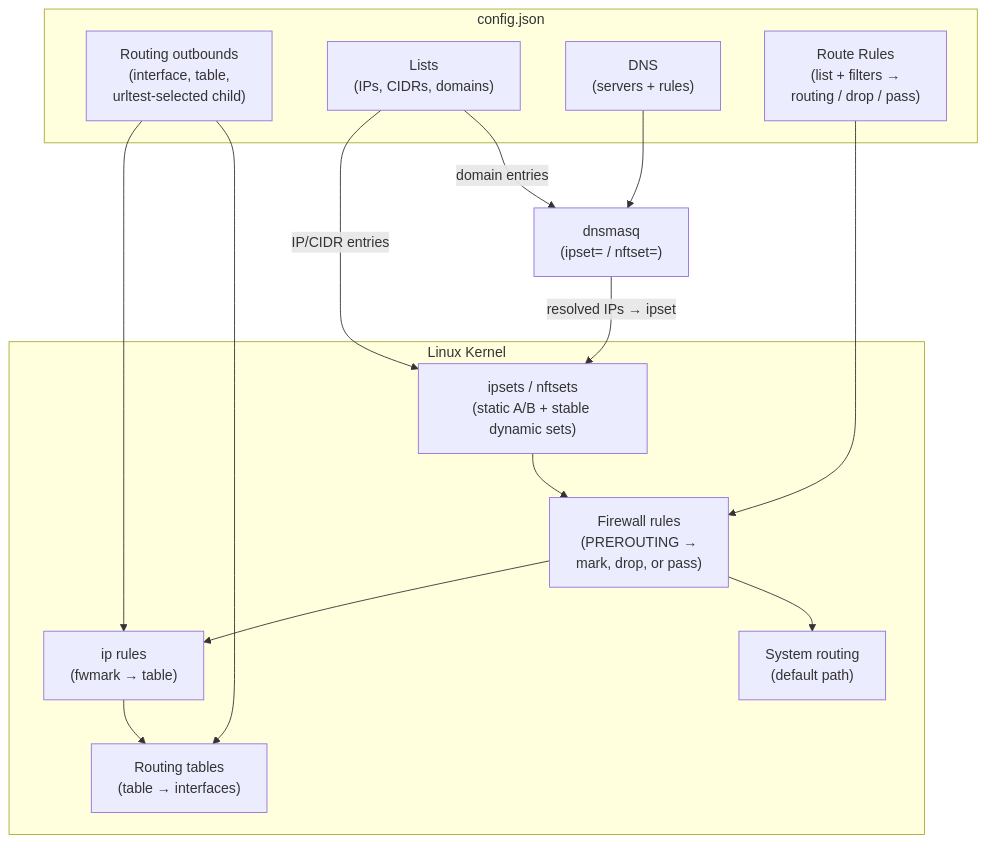
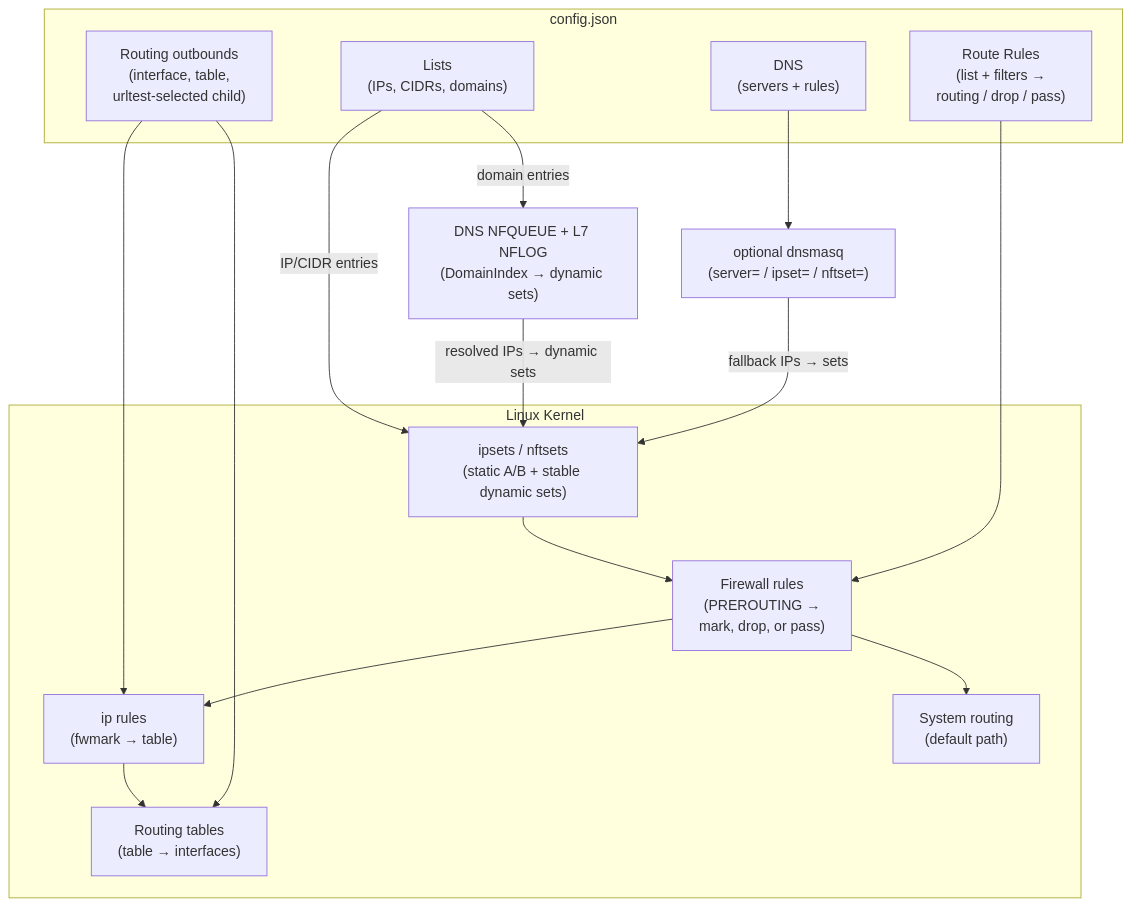
One commit to maksimkurb/keen-pbr changed the first of 3 diagrams in docs/content/docs/concepts.md. Above: the diagram before and after it, drawn with Mermaid. The commit also changed other lines of this file and 21 other files, not shown here.

First line of the commit message:
docs: describe DNS and L7 interception and optional resolver integration

````diff
--- a/docs/content/docs/concepts.md
+++ b/docs/content/docs/concepts.md
@@ -83,31 +96,33 @@
 ```mermaid
 flowchart TD
     subgraph Config["config.json"]
         RoutingOutbounds["Routing outbounds\n(interface, table,\nurltest-selected child)"]
         Lists["Lists\n(IPs, CIDRs, domains)"]
         DNS["DNS\n(servers + rules)"]
         RouteRules["Route Rules\n(list + filters →\nrouting / drop / pass)"]
     end
 
     subgraph Kernel["Linux Kernel"]
         Ipsets["ipsets / nftsets\n(static A/B + stable dynamic sets)"]
         FwmarkRules["Firewall rules\n(PREROUTING →\nmark, drop, or pass)"]
         IpRules["ip rules\n(fwmark → table)"]
         RoutingTables["Routing tables\n(table → interfaces)"]
         SystemRouting["System routing\n(default path)"]
     end
 
-    Dnsmasq["dnsmasq\n(ipset= / nftset=)"]
+    Interceptor["DNS NFQUEUE + L7 NFLOG\n(DomainIndex → dynamic sets)"]
+    Dnsmasq["optional dnsmasq\n(server= / ipset= / nftset=)"]
 
     Lists -->|"IP/CIDR entries"| Ipsets
-    Lists -->|"domain entries"| Dnsmasq
+    Lists -->|"domain entries"| Interceptor
     DNS --> Dnsmasq
     Ipsets --> FwmarkRules
     RouteRules --> FwmarkRules
     RoutingOutbounds --> IpRules
     RoutingOutbounds --> RoutingTables
     FwmarkRules --> IpRules
     FwmarkRules --> SystemRouting
     IpRules --> RoutingTables
-    Dnsmasq -->|"resolved IPs → ipset"| Ipsets
+    Interceptor -->|"resolved IPs → dynamic sets"| Ipsets
+    Dnsmasq -->|"fallback IPs → sets"| Ipsets
 ```
````
